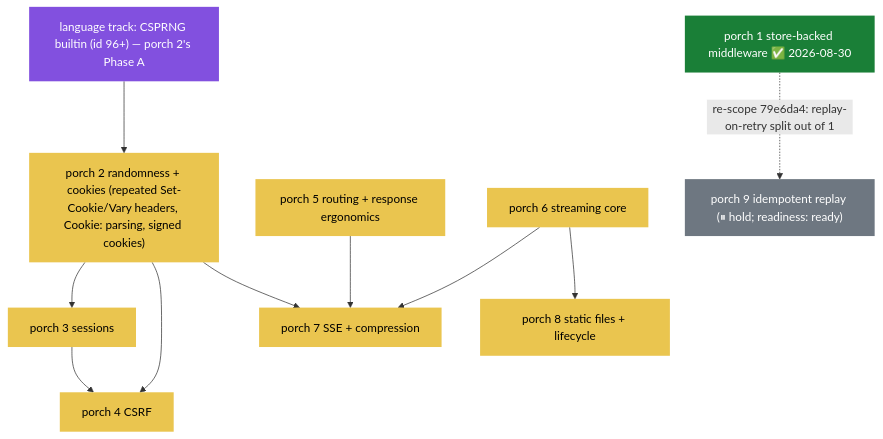
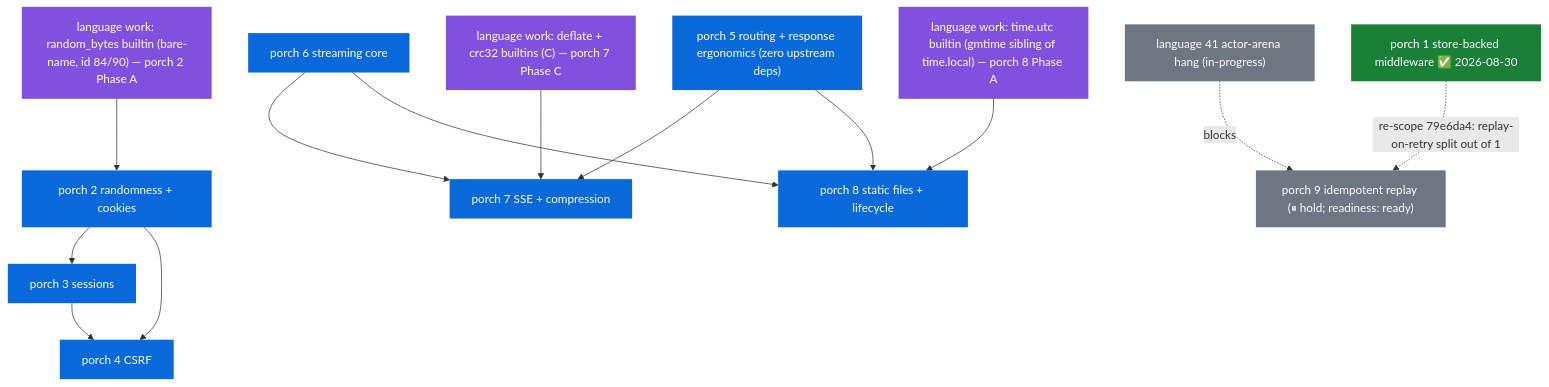
The fifth of 7 diagrams in docs/00-dependency-graph.md (shoneyJ/writeonce), drawn with Mermaid before and after one commit. The commit also changed other lines of this file and 9 other files, not shown here.

First line of the commit message:
docs: jarvis track, runtime-v2 7/8/9, lang-41 fix design, fiber scope-gap

````diff
--- a/docs/00-dependency-graph.md
+++ b/docs/00-dependency-graph.md
@@ -283,28 +286,35 @@
 ```mermaid
 flowchart TD
     classDef done fill:#1a7f37,color:#fff,stroke:none
-    classDef refine fill:#eac54f,color:#000,stroke:none
+    classDef ready fill:#0969da,color:#fff,stroke:none
     classDef held fill:#6e7781,color:#fff,stroke:none
     classDef lang fill:#8250df,color:#fff,stroke:none
 
-    CSPRNG["language track: CSPRNG builtin (id 96+) — porch 2's Phase A"]:::lang
+    RB["language work: random_bytes builtin (bare-name, id 84/90) — porch 2 Phase A"]:::lang
+    DFL["language work: deflate + crc32 builtins (C) — porch 7 Phase C"]:::lang
+    TU["language work: time.utc builtin (gmtime sibling of time.local) — porch 8 Phase A"]:::lang
+
     P1["porch 1 store-backed middleware ✅ 2026-08-30"]:::done
-    P2["porch 2 randomness + cookies (repeated Set-Cookie/Vary headers, Cookie: parsing, signed cookies)"]:::refine
-    P3["porch 3 sessions"]:::refine
-    P4["porch 4 CSRF"]:::refine
-    P5["porch 5 routing + response ergonomics"]:::refine
-    P6["porch 6 streaming core"]:::refine
-    P7["porch 7 SSE + compression"]:::refine
-    P8["porch 8 static files + lifecycle"]:::refine
+    P2["porch 2 randomness + cookies"]:::ready
+    P3["porch 3 sessions"]:::ready
+    P4["porch 4 CSRF"]:::ready
+    P5["porch 5 routing + response ergonomics (zero upstream deps)"]:::ready
+    P6["porch 6 streaming core"]:::ready
+    P7["porch 7 SSE + compression"]:::ready
+    P8["porch 8 static files + lifecycle"]:::ready
     P9["porch 9 idempotent replay (⏸ hold; readiness: ready)"]:::held
+    L41["language 41 actor-arena hang (in-progress)"]:::held
 
-    CSPRNG --> P2
+    RB --> P2
     P2 --> P3
     P2 --> P4
     P3 --> P4
     P6 --> P7
     P6 --> P8
-    P2 --> P7
     P5 --> P7
+    P5 --> P8
+    DFL --> P7
+    TU --> P8
+    L41 -.blocks.-> P9
     P1 -.re-scope 79e6da4: replay-on-retry split out of 1.-> P9
 ```
````
